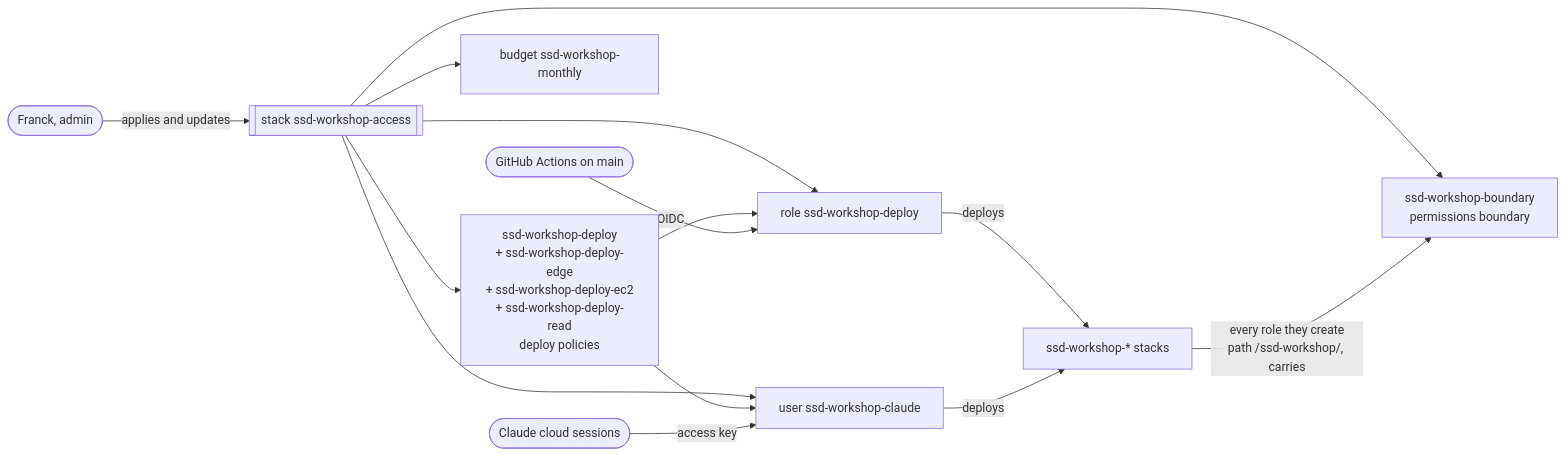
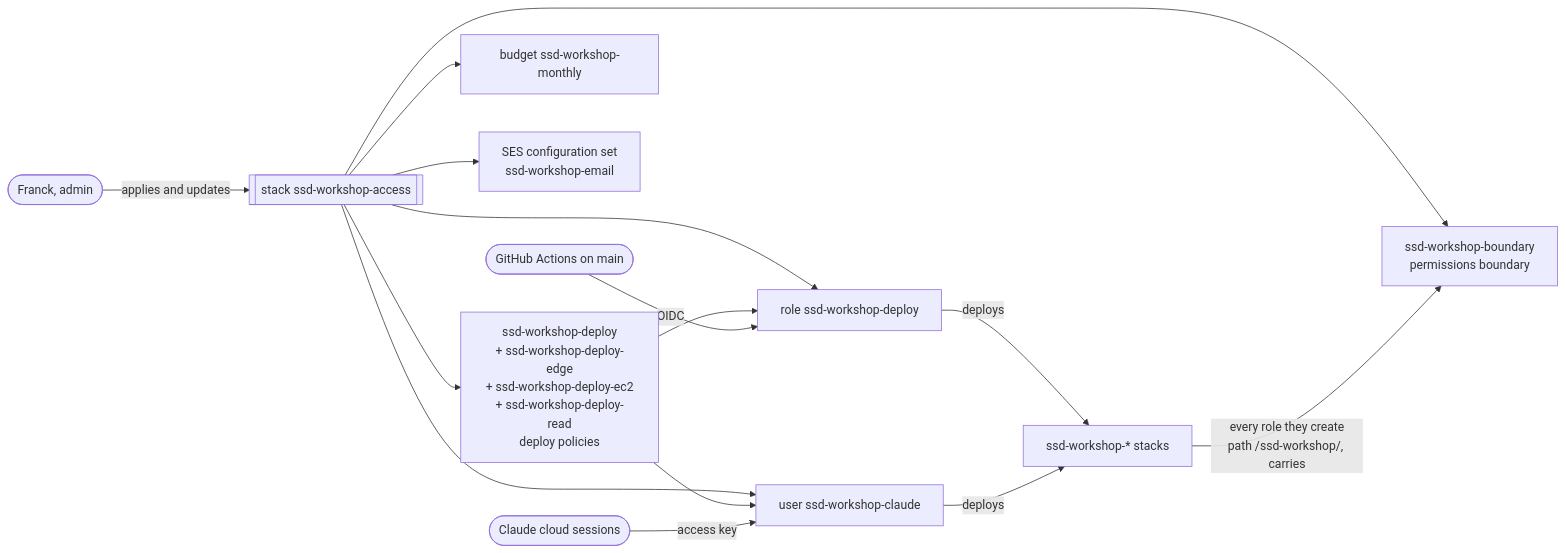
The first of 2 diagrams in infra/access/README.md (kifbv/ssd-workshop), drawn with Mermaid before and after one commit. The commit also changed other lines of this file and 7 other files, not shown here.

First line of the commit message:
Ticket 0.6: name the SES configuration set ssd-workshop-email and tag it

````diff
--- a/infra/access/README.md
+++ b/infra/access/README.md
@@ -15,16 +15,17 @@
 ```mermaid
 flowchart LR
   Franck([Franck, admin]) -- applies and updates --> Stack[[stack ssd-workshop-access]]
   Stack --> Boundary[ssd-workshop-boundary<br/>permissions boundary]
   Stack --> Deploy[ssd-workshop-deploy<br/>+ ssd-workshop-deploy-edge<br/>+ ssd-workshop-deploy-ec2<br/>+ ssd-workshop-deploy-read<br/>deploy policies]
   Stack --> Role[role ssd-workshop-deploy]
   Stack --> User[user ssd-workshop-claude]
   Stack --> Budget[budget ssd-workshop-monthly]
+  Stack --> ConfigSet[SES configuration set<br/>ssd-workshop-email]
   Deploy --> Role
   Deploy --> User
   GHA([GitHub Actions on main]) -- OIDC --> Role
   Claude([Claude cloud sessions]) -- access key --> User
   Role -- deploys --> WS[ssd-workshop-* stacks]
   User -- deploys --> WS
   WS -- every role they create<br/>path /ssd-workshop/, carries --> Boundary
 ```
````
